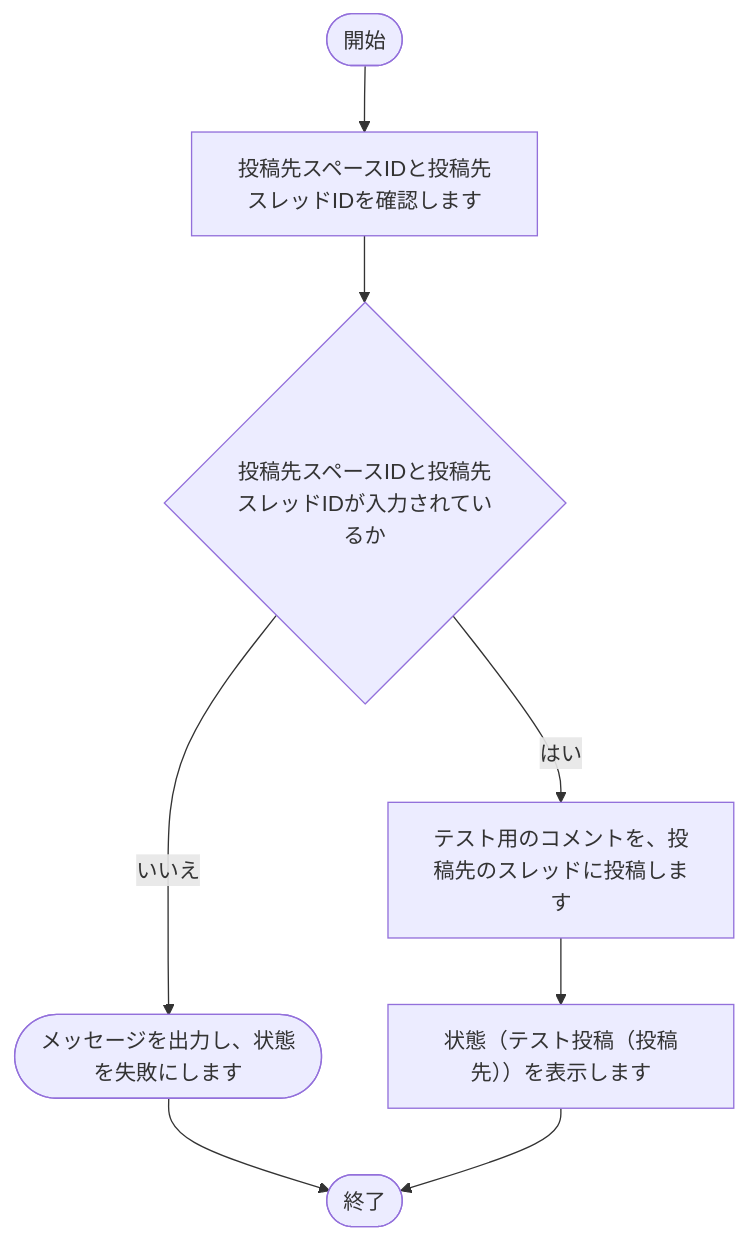
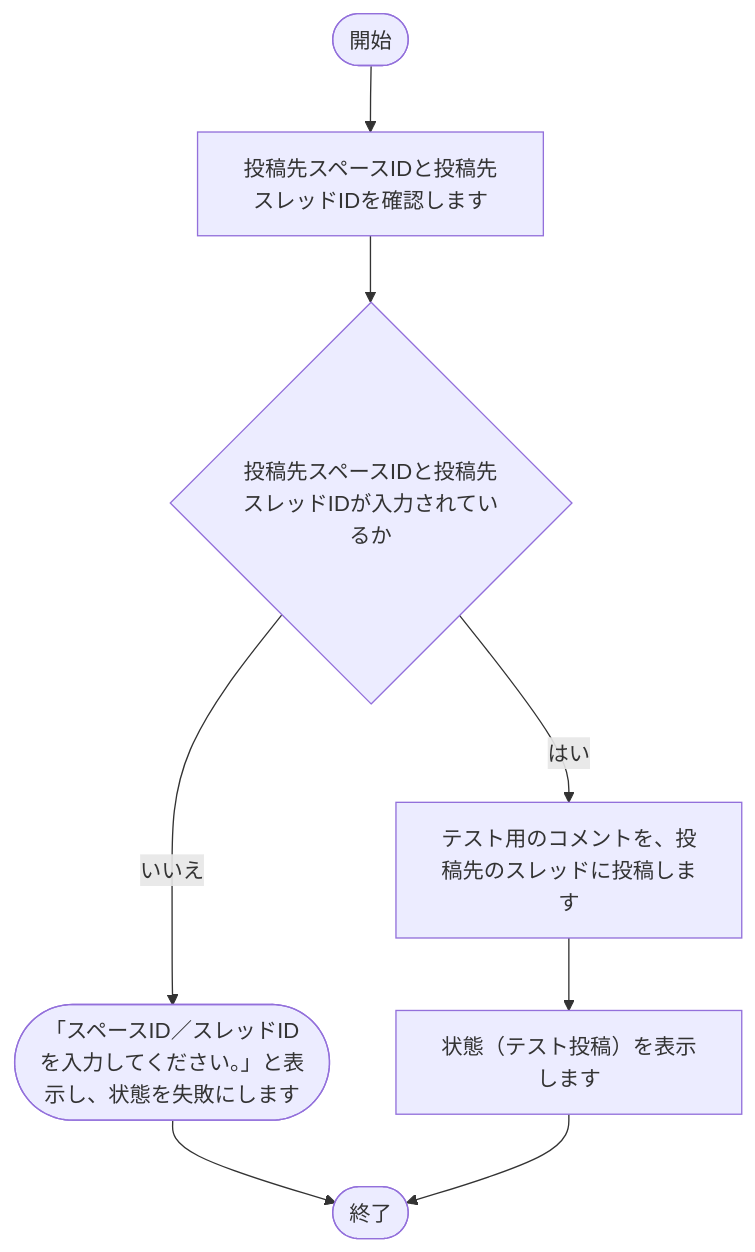
Before and after one commit to nishida2073/project_management: diagram 20 of 25 in tool/kintone-aggregator/doc/02_設計/処理フロー.md, drawn with Mermaid. The commit also changed other lines of this file and 35 other files, not shown here.

````diff
--- a/tool/kintone-aggregator/doc/02_設計/処理フロー.md
+++ b/tool/kintone-aggregator/doc/02_設計/処理フロー.md
@@ -513,17 +526,17 @@
 ```mermaid
 flowchart TD
     S(["開始"])
     E(["終了"])
     N1["投稿先スペースIDと投稿先スレッドIDを確認します"]
     S --> N1
     N2{"投稿先スペースIDと投稿先スレッドIDが入力されているか"}
-    X2(["メッセージを出力し、状態を失敗にします"])
+    X2(["「スペースID／スレッドIDを入力してください。」と表示し、状態を失敗にします"])
     X2 --> E
     N2 -- いいえ --> X2
     N1 --> N2
     N3["テスト用のコメントを、投稿先のスレッドに投稿します"]
     N2 -- はい --> N3
-    N4["状態（テスト投稿（投稿先））を表示します"]
+    N4["状態（テスト投稿）を表示します"]
     N3 --> N4
     N4 --> E
 ```
````
